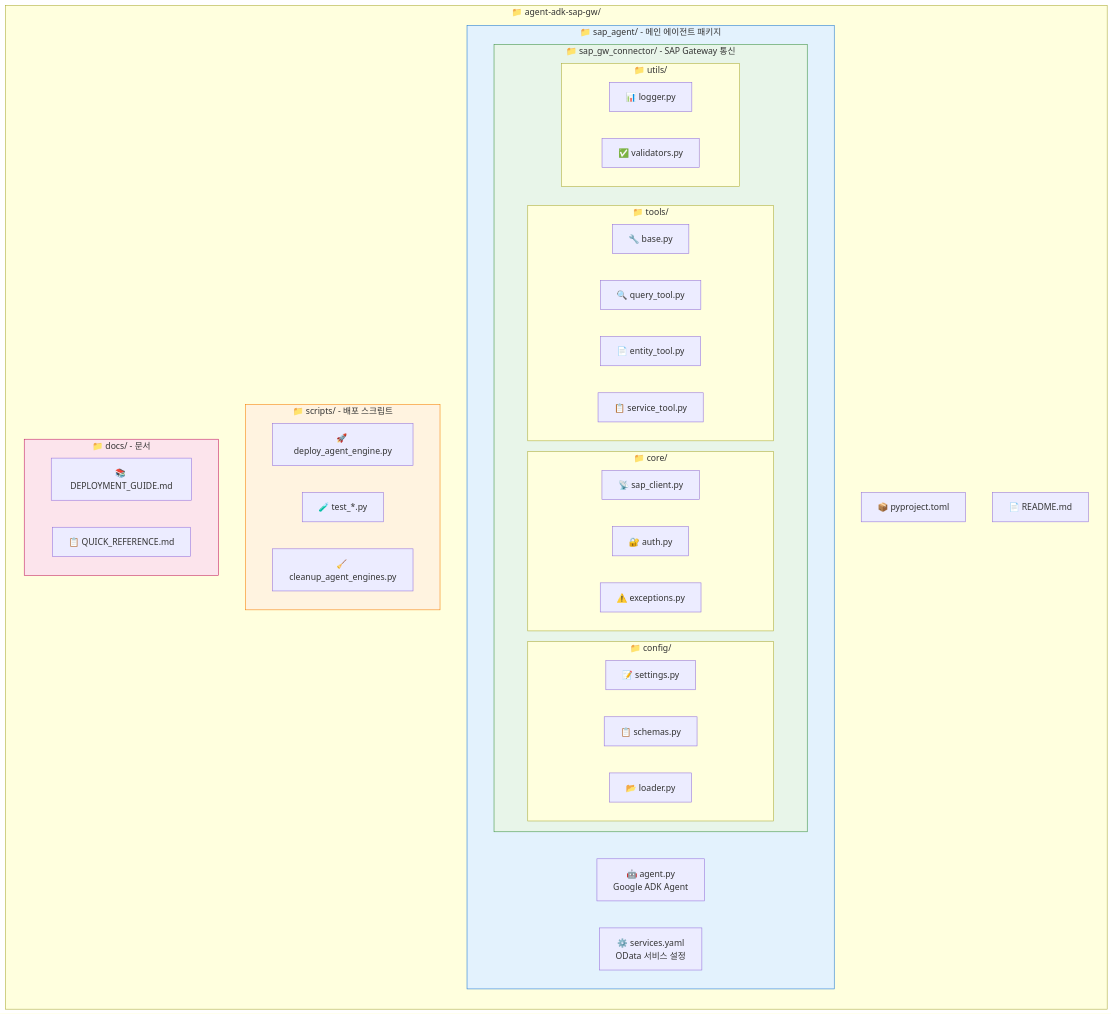
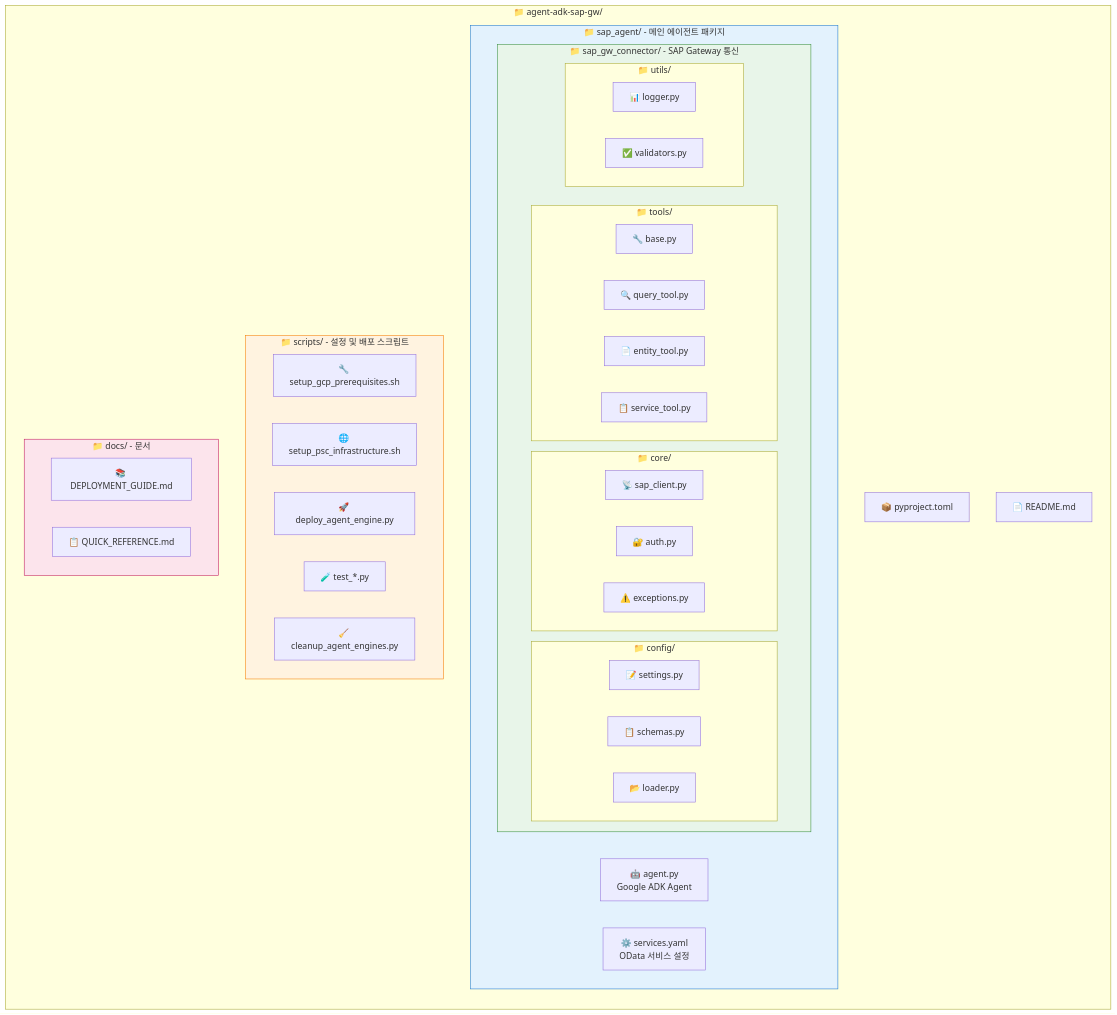
Before and after one commit to midasol/sap-adk-agent: the ninth of 9 diagrams in README.md, drawn with Mermaid. The commit also changed other lines of this file, not shown here.

````diff
--- a/README.md
+++ b/README.md
@@ -451,56 +451,58 @@
 ```mermaid
 flowchart LR
     subgraph Root["📁 agent-adk-sap-gw/"]
         direction TB
 
         subgraph SapAgent["📁 sap_agent/ - 메인 에이전트 패키지"]
             AgentPy["🤖 agent.py<br/>Google ADK Agent"]
             ServicesYaml["⚙️ services.yaml<br/>OData 서비스 설정"]
 
             subgraph GWConnector["📁 sap_gw_connector/ - SAP Gateway 통신"]
                 subgraph Config["📁 config/"]
                     SettingsPy["📝 settings.py"]
                     SchemasPy["📋 schemas.py"]
                     LoaderPy["📂 loader.py"]
                 end
 
                 subgraph Core["📁 core/"]
                     SAPClientPy["📡 sap_client.py"]
                     AuthPy["🔐 auth.py"]
                     ExceptionsPy["⚠️ exceptions.py"]
                 end
 
                 subgraph Tools["📁 tools/"]
                     BasePy["🔧 base.py"]
                     QueryToolPy["🔍 query_tool.py"]
                     EntityToolPy["📄 entity_tool.py"]
                     ServiceToolPy["📋 service_tool.py"]
                 end
 
                 subgraph Utils["📁 utils/"]
                     LoggerPy["📊 logger.py"]
                     ValidatorsPy["✅ validators.py"]
                 end
             end
         end
 
-        subgraph Scripts["📁 scripts/ - 배포 스크립트"]
+        subgraph Scripts["📁 scripts/ - 설정 및 배포 스크립트"]
+            GCPSetup["🔧 setup_gcp_prerequisites.sh"]
+            PSCSetup["🌐 setup_psc_infrastructure.sh"]
             DeployPy["🚀 deploy_agent_engine.py"]
             TestPy["🧪 test_*.py"]
             CleanupPy["🧹 cleanup_agent_engines.py"]
         end
 
         subgraph Docs["📁 docs/ - 문서"]
             DeployGuide["📚 DEPLOYMENT_GUIDE.md"]
             QuickRef["📋 QUICK_REFERENCE.md"]
         end
 
         PyProject["📦 pyproject.toml"]
         Readme["📄 README.md"]
     end
 
     style SapAgent fill:#e3f2fd,stroke:#1976d2
     style GWConnector fill:#e8f5e9,stroke:#388e3c
     style Scripts fill:#fff3e0,stroke:#f57c00
     style Docs fill:#fce4ec,stroke:#c2185b
 ```
````
